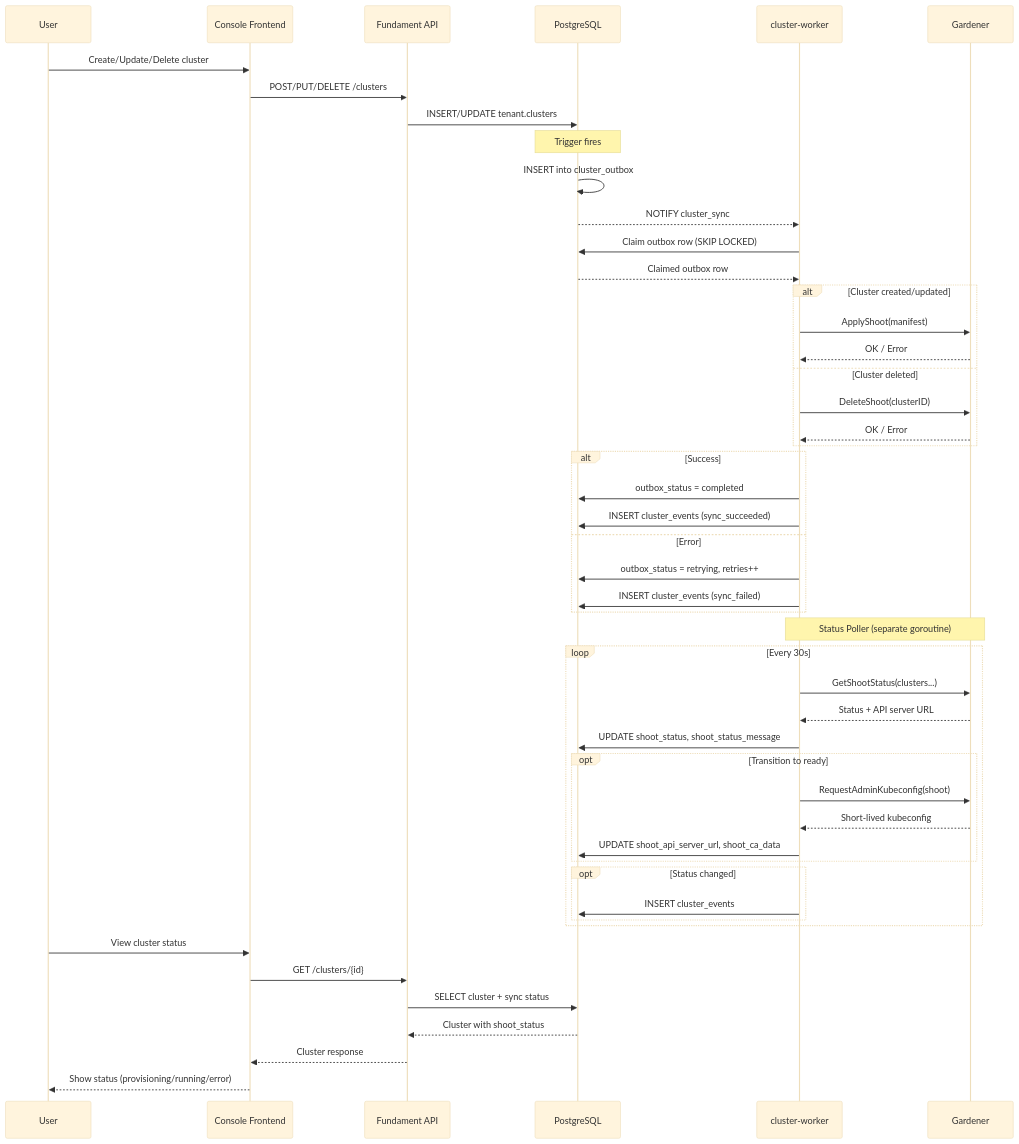
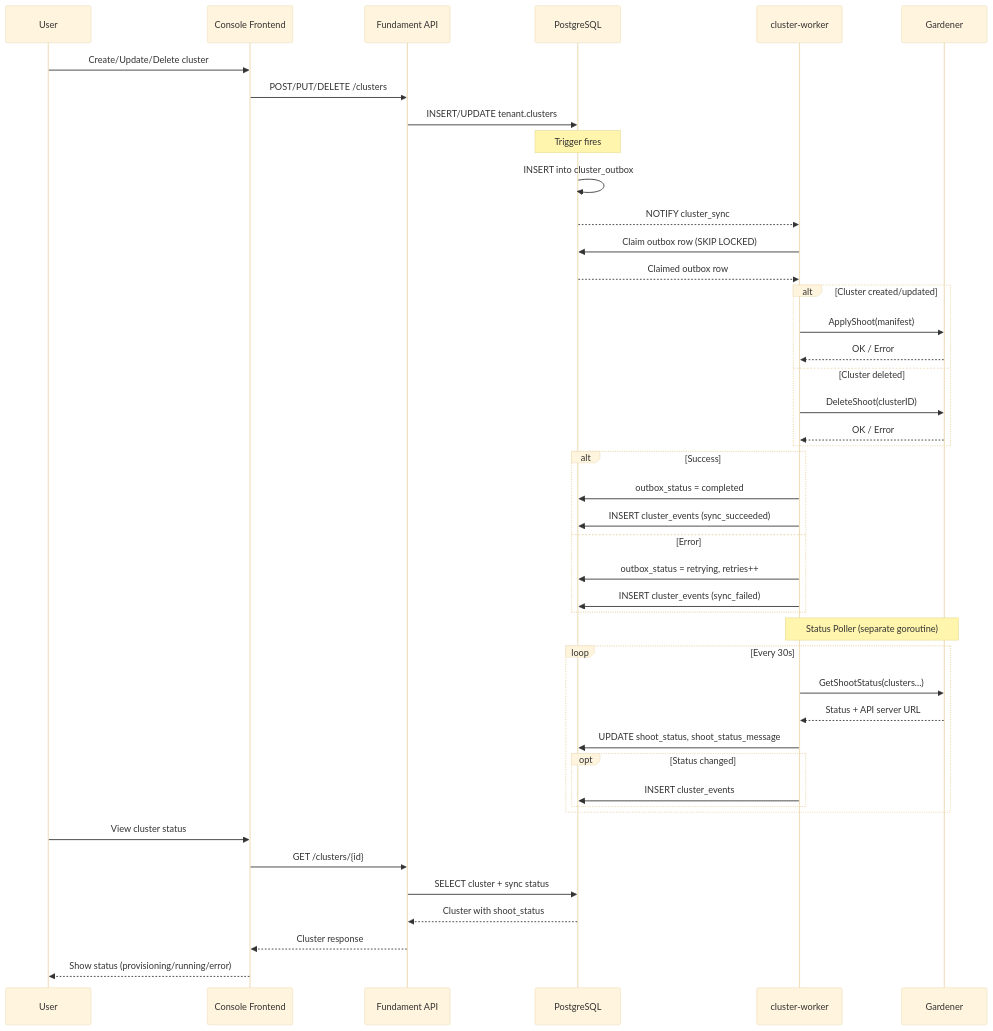
One commit to fundament-oss/fundament changed the first of 2 diagrams in cluster-worker/README.md. Above: the diagram before and after it, drawn with Mermaid (base theme). The commit also changed other lines of this file and 15 other files, not shown here.

First line of the commit message:
chore: remove shoot_api_server_url, use shoot_status for readiness (#826)

````diff
--- a/cluster-worker/README.md
+++ b/cluster-worker/README.md
@@ -71,59 +71,54 @@
 ```mermaid
 sequenceDiagram
     participant User
     participant Frontend as Console Frontend
     participant API as Fundament API
     participant DB as PostgreSQL
     participant Worker as cluster-worker
     participant Gardener
 
     User->>Frontend: Create/Update/Delete cluster
     Frontend->>API: POST/PUT/DELETE /clusters
     API->>DB: INSERT/UPDATE tenant.clusters
 
     Note over DB: Trigger fires
     DB->>DB: INSERT into cluster_outbox
     DB-->>Worker: NOTIFY cluster_sync
 
     Worker->>DB: Claim outbox row (SKIP LOCKED)
     DB-->>Worker: Claimed outbox row
 
     alt Cluster created/updated
         Worker->>Gardener: ApplyShoot(manifest)
         Gardener-->>Worker: OK / Error
     else Cluster deleted
         Worker->>Gardener: DeleteShoot(clusterID)
         Gardener-->>Worker: OK / Error
     end
 
     alt Success
         Worker->>DB: outbox_status = completed
         Worker->>DB: INSERT cluster_events (sync_succeeded)
     else Error
         Worker->>DB: outbox_status = retrying, retries++
         Worker->>DB: INSERT cluster_events (sync_failed)
     end
 
     Note over Worker,Gardener: Status Poller (separate goroutine)
 
     loop Every 30s
         Worker->>Gardener: GetShootStatus(clusters...)
         Gardener-->>Worker: Status + API server URL
         Worker->>DB: UPDATE shoot_status, shoot_status_message
-        opt Transition to ready
-            Worker->>Gardener: RequestAdminKubeconfig(shoot)
-            Gardener-->>Worker: Short-lived kubeconfig
-            Worker->>DB: UPDATE shoot_api_server_url, shoot_ca_data
-        end
         opt Status changed
             Worker->>DB: INSERT cluster_events
         end
     end
 
     User->>Frontend: View cluster status
     Frontend->>API: GET /clusters/{id}
     API->>DB: SELECT cluster + sync status
     DB-->>API: Cluster with shoot_status
     API-->>Frontend: Cluster response
     Frontend-->>User: Show status (provisioning/running/error)
 ```
````
